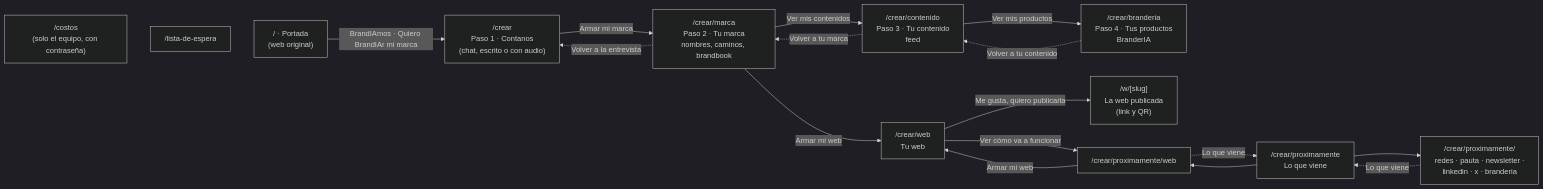
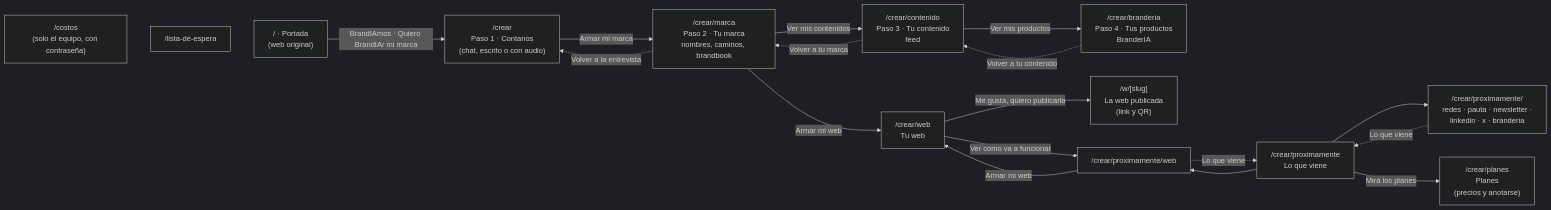
Before and after one commit to ezegarcia-crypto/build101: the diagram in equipo/paginas.md, drawn with Mermaid (dark theme). The commit also changed other lines of this file and 7 other files, not shown here.

First line of the commit message:
Planes y "Lo que viene" en la barra: precios de los planes y anotarse sin cobrar

````diff
--- a/equipo/paginas.md
+++ b/equipo/paginas.md
@@ -16,35 +16,37 @@
 ```mermaid
 flowchart LR
   portada["/ · Portada<br/>(web original)"]
   espera["/lista-de-espera"]
   crear["/crear<br/>Paso 1 · Contanos<br/>(chat, escrito o con audio)"]
   marca["/crear/marca<br/>Paso 2 · Tu marca<br/>nombres, caminos, brandbook"]
   contenido["/crear/contenido<br/>Paso 3 · Tu contenido<br/>feed"]
   branderia["/crear/branderia<br/>Paso 4 · Tus productos<br/>BranderIA"]
   web["/crear/web<br/>Tu web"]
   publicada["/w/[slug]<br/>La web publicada<br/>(link y QR)"]
   prox["/crear/proximamente<br/>Lo que viene"]
   proxweb["/crear/proximamente/web"]
   proxotras["/crear/proximamente/<br/>redes · pauta · newsletter ·<br/>linkedin · x · branderia"]
   costos["/costos<br/>(solo el equipo, con contraseña)"]
+  planes["/crear/planes<br/>Planes<br/>(precios y anotarse)"]
 
   crear -->|Armar mi marca| marca
   marca -->|Ver mis contenidos| contenido
   marca -->|Armar mi web| web
   contenido -->|Ver mis productos| branderia
   web -->|Ver cómo va a funcionar| proxweb
   web -->|Me gusta, quiero publicarla| publicada
   proxweb -->|Armar mi web| web
   prox --> proxweb
   prox --> proxotras
   proxotras -.->|Lo que viene| prox
   proxweb -.->|Lo que viene| prox
+  prox -->|Mirá los planes| planes
 
   marca -.->|Volver a la entrevista| crear
   contenido -.->|Volver a tu marca| marca
   branderia -.->|Volver a tu contenido| contenido
 
   portada -->|BrandIAmos · Quiero BrandIAr mi marca| crear
   espera ~~~ portada
   costos ~~~ espera
 ```
````
